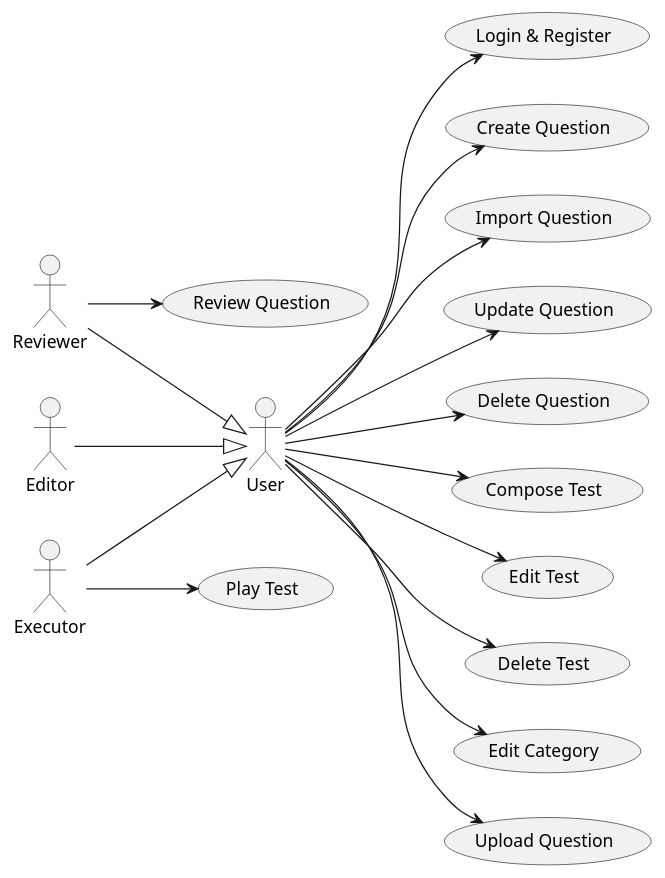
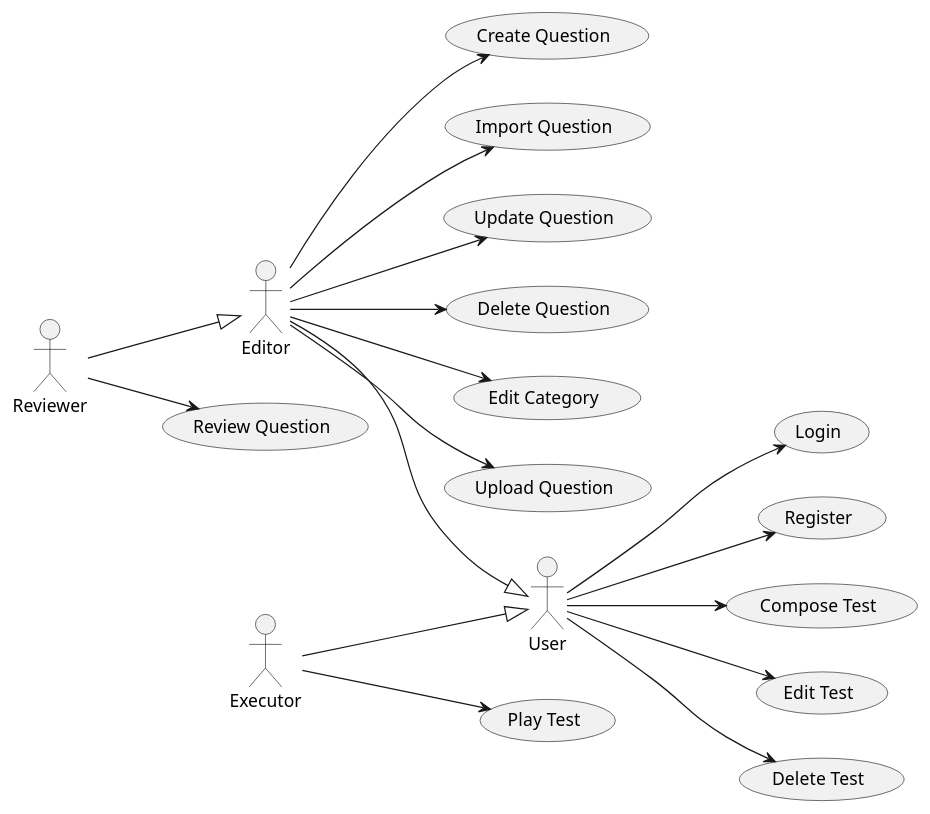
One commit to Joselon/ProyectoOpoTest changed the diagram in doc/useCases_app.puml. Above: the diagram before and after it, drawn with PlantUML. The commit also changed 3 other files, not shown here.

Commit message:
Revisando_faltaDiagramaEstadosReview

```diff
--- a/doc/useCases_app.puml
+++ b/doc/useCases_app.puml
@@ -1,44 +1,46 @@
 @startuml useCases_app
 left to right direction
 actor User
 actor Editor
 actor Reviewer
-usecase "Login & Register" as login
+usecase "Login" as login
+usecase "Register" as register
 usecase "Create Question" as createQ
 usecase "Import Question" as importQ
 usecase "Update Question" as updateQ
 usecase "Delete Question" as deleteQ
 
 usecase "Compose Test" as composeT
 usecase "Edit Test" as editT
 usecase "Delete Test" as deleteT
 usecase "Play Test" as playT
 
 usecase "Edit Category" as editC
 usecase "Upload Question" as uploadQ
 
 usecase "Review Question" as review
 
 Editor --|> User
-Reviewer --|> User
+Reviewer --|> Editor
 Executor --|> User
 
-User --> createQ
-User --> importQ
-User --> updateQ
-User --> deleteQ
-User --> uploadQ
+Editor --> createQ
+Editor --> importQ
+Editor --> updateQ
+Editor --> deleteQ
+Editor --> uploadQ
 
 User --> login
+User --> register
 User --> composeT
 User --> editT
 User --> deleteT
 Executor --> playT
 
-User --> editC
+Editor --> editC
 
 Reviewer --> review
 
 
 
 @enduml
```
